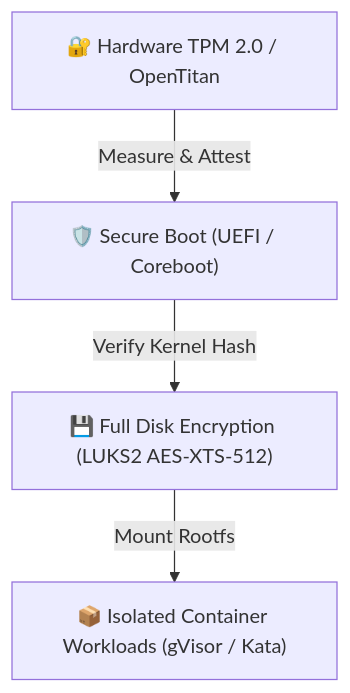
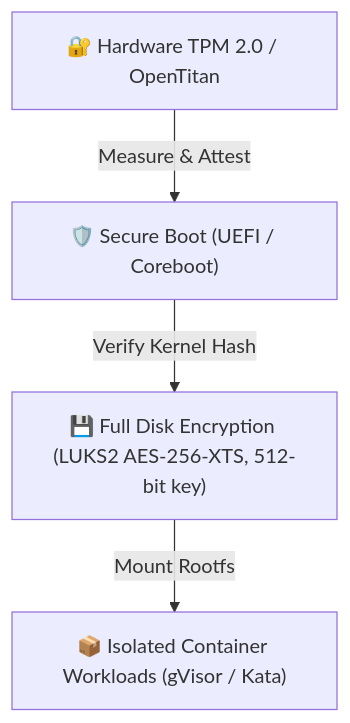
Before and after one commit to iliachry/sovereign-mini-datacenter: the fourth of 4 diagrams in COMPLIANCE.md, drawn with Mermaid. The commit also changed other lines of this file and 174 other files, not shown here.

````diff
--- a/COMPLIANCE.md
+++ b/COMPLIANCE.md
@@ -104,6 +104,6 @@
 ```mermaid
 flowchart TD
     TPM["🔐 Hardware TPM 2.0 / OpenTitan"] -->|Measure & Attest| SB["🛡️ Secure Boot (UEFI / Coreboot)"]
-    SB -->|Verify Kernel Hash| LUKS["💾 Full Disk Encryption (LUKS2 AES-XTS-512)"]
+    SB -->|Verify Kernel Hash| LUKS["💾 Full Disk Encryption (LUKS2 AES-256-XTS, 512-bit key)"]
     LUKS -->|Mount Rootfs| DOCKER["📦 Isolated Container Workloads (gVisor / Kata)"]
 ```
````
